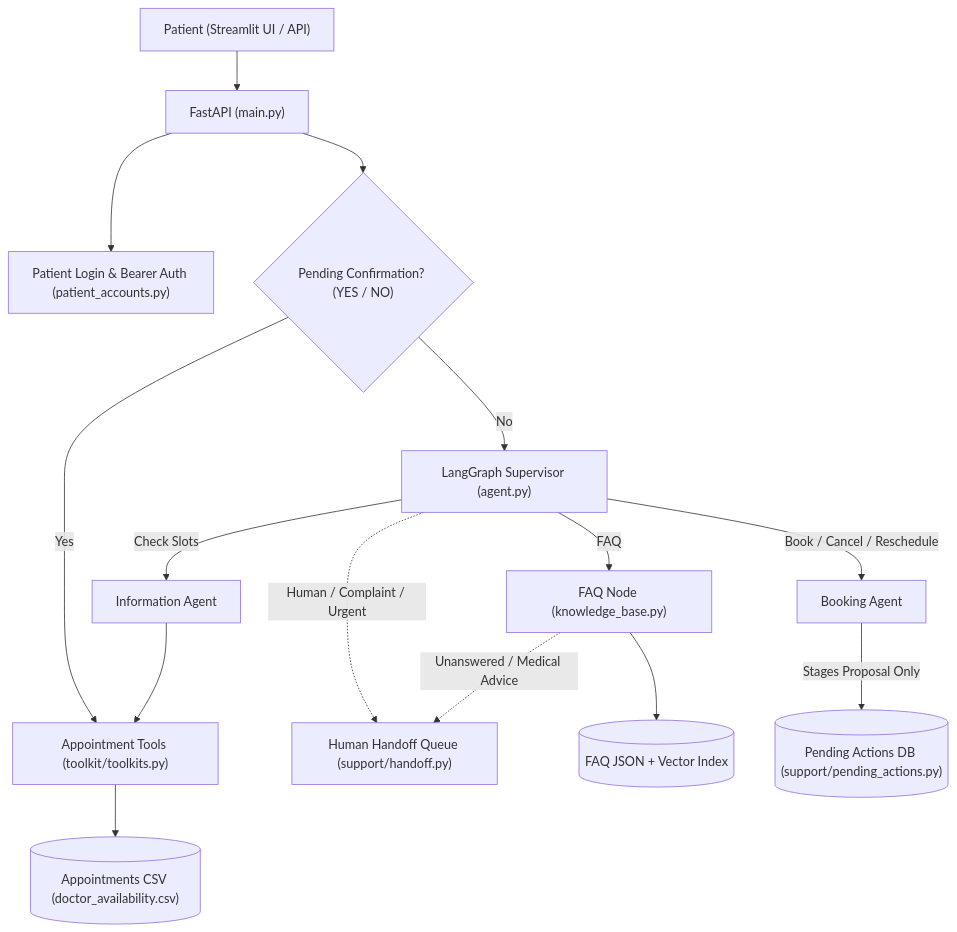
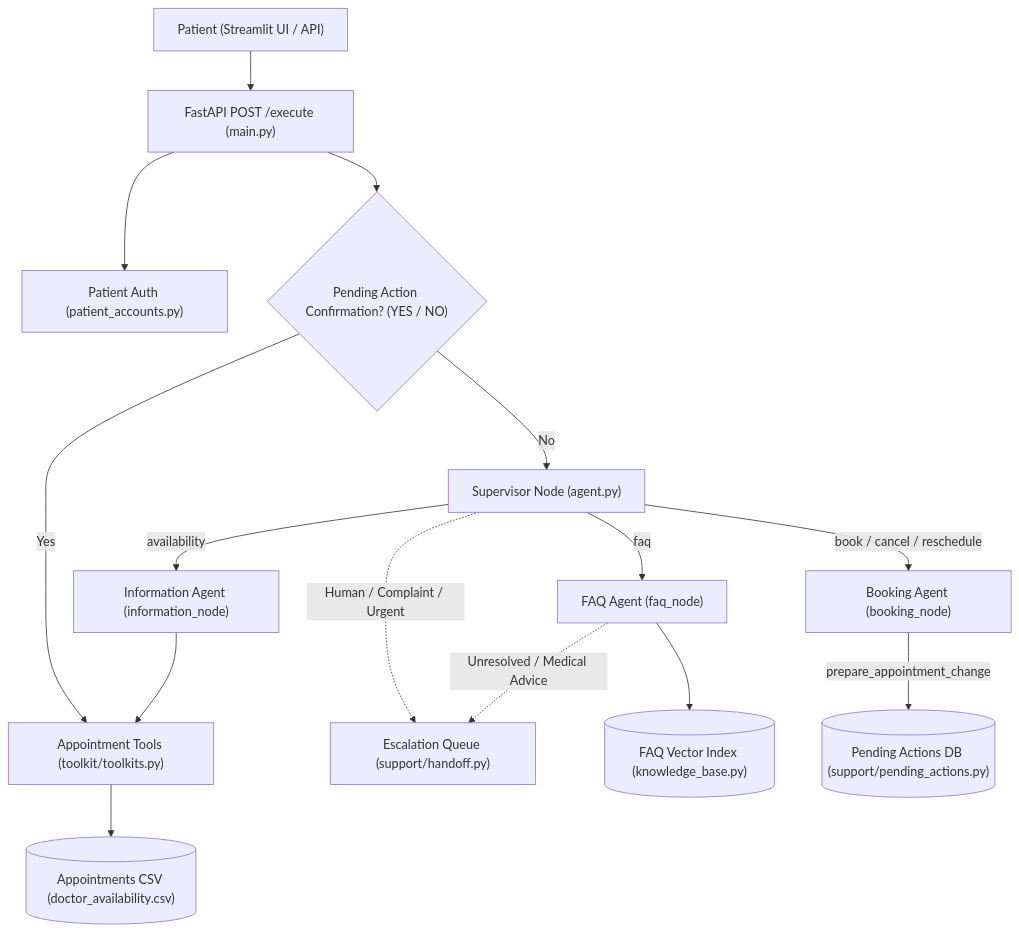
Before and after one commit to moamedmer68-commits/clinic-ai-customer-service: the diagram in README.md, drawn with Mermaid. The commit also changed other lines of this file, not shown here.

Commit message:
docs: simplify README to cover overview, agents, architecture, and run steps

````diff
--- a/README.md
+++ b/README.md
@@ -11,20 +23,20 @@
 ```mermaid
 flowchart TD
-    User["Patient (Streamlit UI / API)"] --> API["FastAPI (main.py)"]
-    API --> Auth["Patient Login & Bearer Auth (patient_accounts.py)"]
-    API --> Confirm{"Pending Confirmation? (YES / NO)"}
+    User["Patient (Streamlit UI / API)"] --> API["FastAPI POST /execute (main.py)"]
+    API --> Auth["Patient Auth (patient_accounts.py)"]
+    API --> Confirm{"Pending Action Confirmation? (YES / NO)"}
 
     Confirm -->|"Yes"| Tools["Appointment Tools (toolkit/toolkits.py)"]
-    Confirm -->|"No"| Supervisor["LangGraph Supervisor (agent.py)"]
+    Confirm -->|"No"| Supervisor["Supervisor Node (agent.py)"]
 
-    Supervisor -->|"FAQ"| FAQ["FAQ Node (knowledge_base.py)"]
-    Supervisor -->|"Check Slots"| Info["Information Agent"]
-    Supervisor -->|"Book / Cancel / Reschedule"| Booking["Booking Agent"]
-    Supervisor -.->|"Human / Complaint / Urgent"| Handoff["Human Handoff Queue (support/handoff.py)"]
+    Supervisor -->|"faq"| FAQ["FAQ Agent (faq_node)"]
+    Supervisor -->|"availability"| Info["Information Agent (information_node)"]
+    Supervisor -->|"book / cancel / reschedule"| Booking["Booking Agent (booking_node)"]
+    Supervisor -.->|"Human / Complaint / Urgent"| Handoff["Escalation Queue (support/handoff.py)"]
 
-    FAQ --> VectorIndex[("FAQ JSON + Vector Index")]
-    FAQ -.->|"Unanswered / Medical Advice"| Handoff
+    FAQ --> VectorIndex[("FAQ Vector Index (knowledge_base.py)")]
+    FAQ -.->|"Unresolved / Medical Advice"| Handoff
     Info --> Tools
-    Booking -->|"Stages Proposal Only"| Pending[("Pending Actions DB (support/pending_actions.py)")]
+    Booking -->|"prepare_appointment_change"| Pending[("Pending Actions DB (support/pending_actions.py)")]
     Tools --> CSV[("Appointments CSV (doctor_availability.csv)")]
 ```
````
